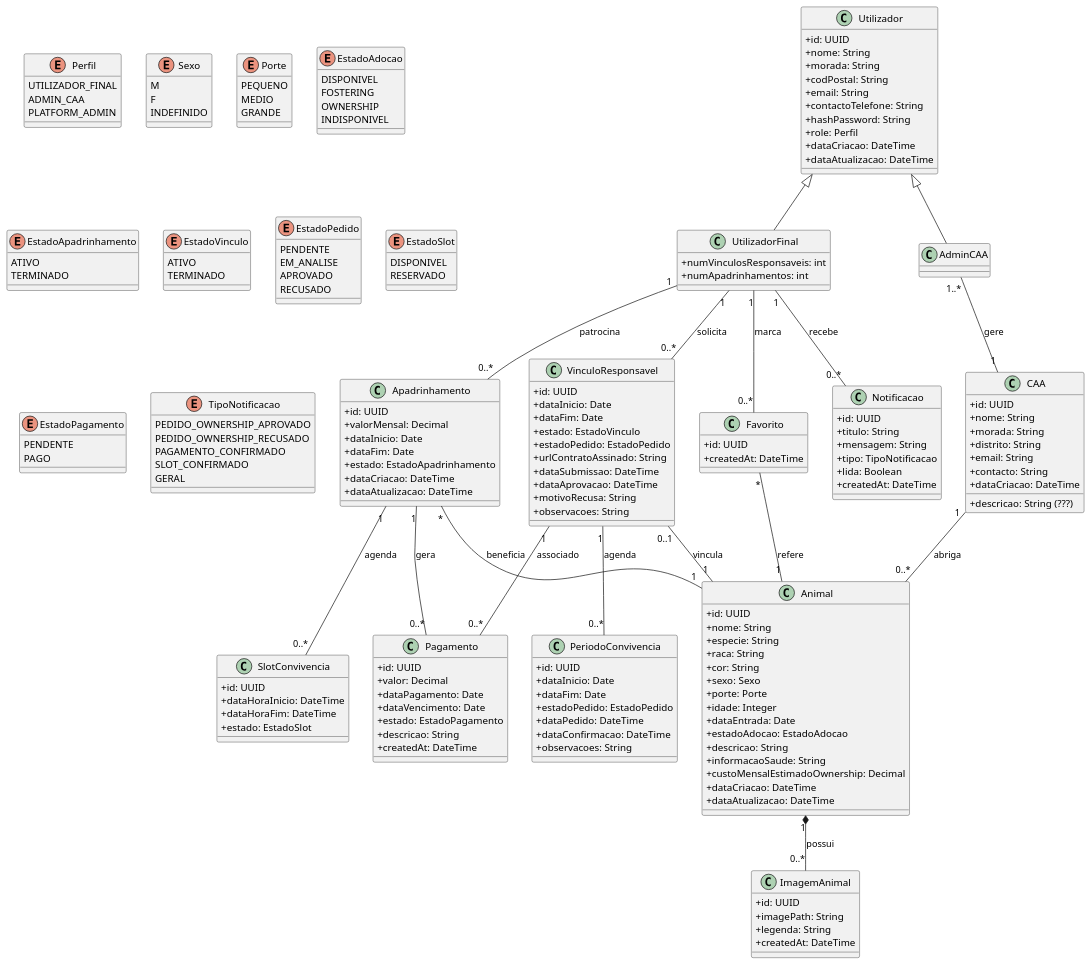
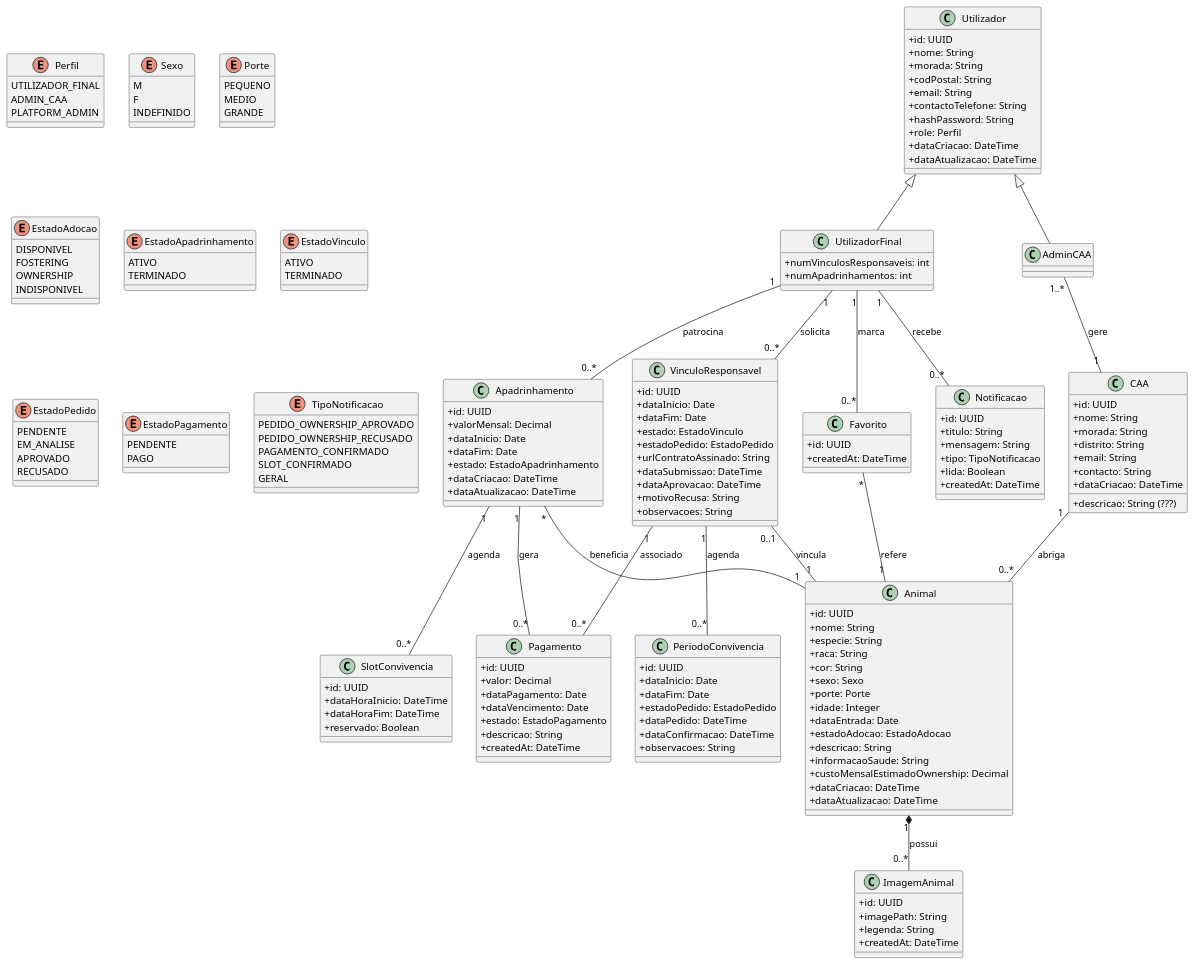
Before and after one commit to see-paw/project-artifacts: the diagram in artefactos_tecnicos/diagramas/DiagramaClasses.puml, drawn with PlantUML.

```diff
--- a/artefactos_tecnicos/diagramas/DiagramaClasses.puml
+++ b/artefactos_tecnicos/diagramas/DiagramaClasses.puml
@@ -80,7 +80,7 @@
   +id: UUID
   +dataHoraInicio: DateTime
   +dataHoraFim: DateTime
-  +estado: EstadoSlot
+  +reservado: Boolean
 }
 
 ' ================ VÍNCULO RESPONSÁVEL (Ownership) ================
@@ -176,11 +176,6 @@
   RECUSADO
 }
 
-enum EstadoSlot {
-  DISPONIVEL
-  RESERVADO
-}
-
 enum EstadoPagamento {
   PENDENTE
   PAGO
```
